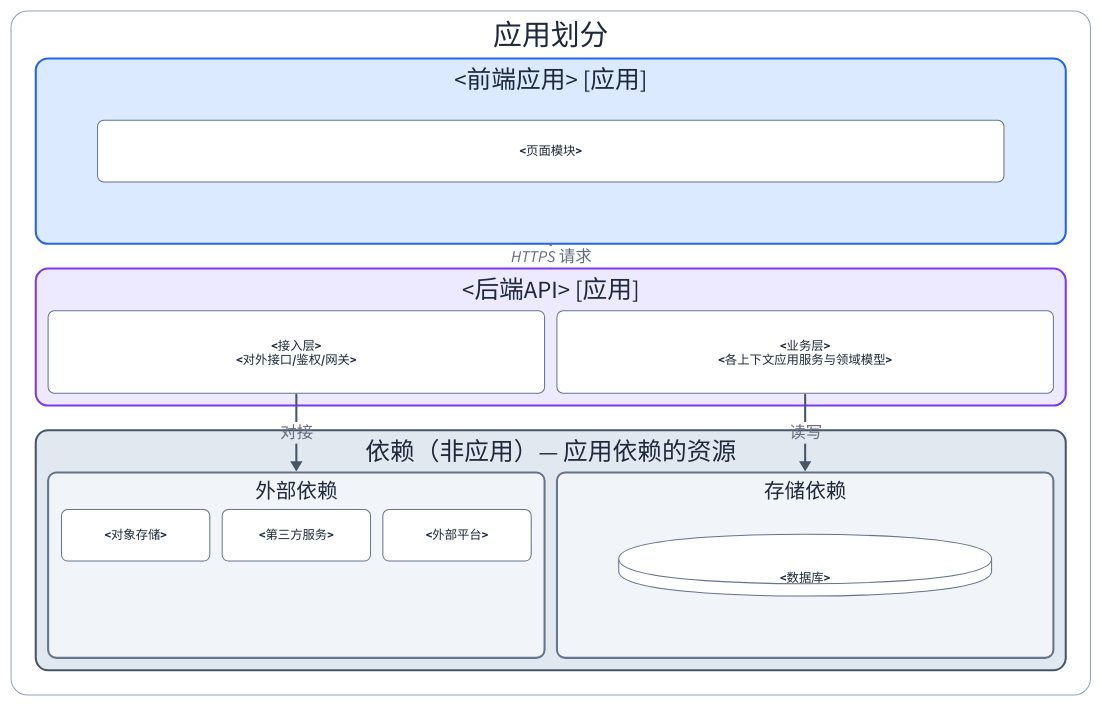
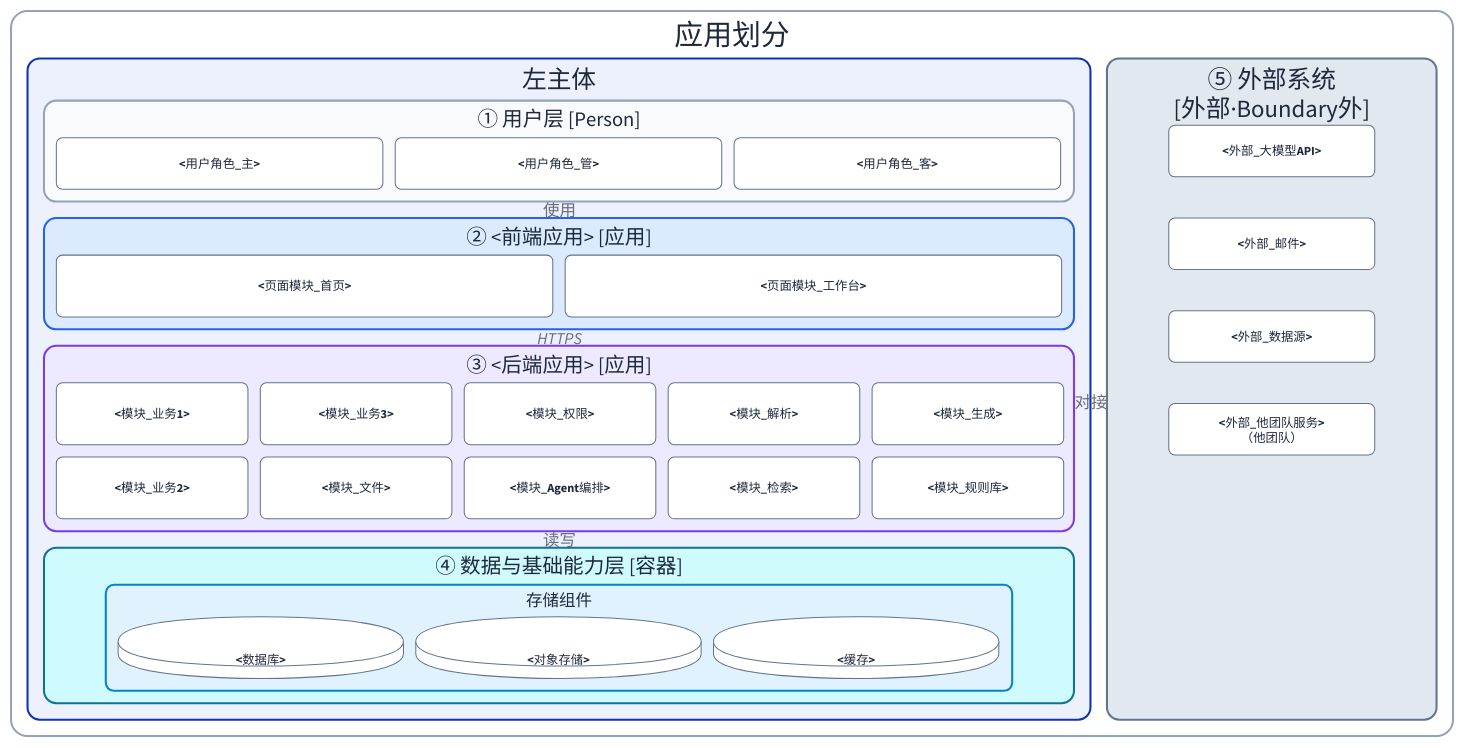
One commit to syllr/skills changed the second of 2 diagrams in skills/doc-arch-rules/references/templates/L2/APPLICATION-ARCHITECTURE.template.md. Above: the diagram before and after it, drawn with D2. The commit also changed other lines of this file and 11 other files, not shown here.

```diff
--- a/skills/doc-arch-rules/references/templates/L2/APPLICATION-ARCHITECTURE.template.md
+++ b/skills/doc-arch-rules/references/templates/L2/APPLICATION-ARCHITECTURE.template.md
@@ -94,7 +100,7 @@
 # 图标准元信息
 # 图名: 应用划分图（Application）
 # 视角: 应用架构（应用划分）
-# 图例: [应用] = 承载业务逻辑的应用（前端、API）；[依赖] = 应用依赖的资源（存储/外部服务）
+# 图例: [应用]/[容器]/[外部]/[Person]
 
 vars: {
   d2-config: {
@@ -103,82 +109,73 @@
 }
 
 应用划分: {
-  grid-rows: 1
-  grid-columns: 1
-  grid-gap: 24
+  grid-rows: 1; grid-columns: 2; grid-gap: 16
   style.fill: "#ffffff"
   style.font-color: "#1e293b"
   style.stroke: "#94a3b8"
-  style.stroke-width: 1
   style.border-radius: 16
 
-  前端层: {
-    label: "<前端应用> [应用]"
-    width: 1000
-    style.fill: "#dbeafe"
+  左主体: {
+    grid-rows: 1; grid-columns: 1; grid-gap: 16
     style.font-color: "#1e293b"
-    style.stroke: "#2563eb"
-    style.stroke-width: 2
     style.border-radius: 12
-    grid-columns: 1
-    f1: { label: "<页面模块>"; width: 880; height: 60; class: mod }
+
+    用户层: {
+      label: "① 用户层 [Person]"
+      width: 1000; grid-columns: 3; grid-gap: 12; style.fill: "#f8fafc"; style.font-color: "#1e293b"; style.stroke: "#94a3b8"; style.border-radius: 12
+      u1: { label: "<用户角色_主>"; width: 317; height: 50; class: mod }
+      u2: { label: "<用户角色_管>"; width: 317; height: 50; class: mod }
+      u3: { label: "<用户角色_客>"; width: 317; height: 50; class: mod }
+    }
+
+    前端层: {
+      label: "② <前端应用> [应用]"
+      width: 1000; grid-columns: 2; grid-gap: 12; style.fill: "#dbeafe"; style.font-color: "#1e293b"; style.stroke: "#2563eb"; style.border-radius: 12
+      f1: { label: "<页面模块_首页>"; width: 482; height: 60; class: mod }
+      f2: { label: "<页面模块_工作台>"; width: 482; height: 60; class: mod }
+    }
+
+    后端层: {
+      label: "③ <后端应用> [应用]"
+      width: 1000; grid-columns: 5; grid-gap: 12; style.fill: "#ede9fe"; style.font-color: "#1e293b"; style.stroke: "#7c3aed"; style.border-radius: 12
+      b1: { label: "<模块_业务1>"; width: 186; height: 60; class: mod }
+      b2: { label: "<模块_业务2>"; width: 186; height: 60; class: mod }
+      b3: { label: "<模块_业务3>"; width: 186; height: 60; class: mod }
+      b4: { label: "<模块_文件>"; width: 186; height: 60; class: mod }
+      b5: { label: "<模块_权限>"; width: 186; height: 60; class: mod }
+      a1: { label: "<模块_Agent编排>"; width: 186; height: 60; class: mod }
+      a2: { label: "<模块_解析>"; width: 186; height: 60; class: mod }
+      a3: { label: "<模块_检索>"; width: 186; height: 60; class: mod }
+      a4: { label: "<模块_生成>"; width: 186; height: 60; class: mod }
+      a5: { label: "<模块_规则库>"; width: 186; height: 60; class: mod }
+    }
+
+    数据层: {
+      label: "④ 数据与基础能力层 [容器]"
+      width: 1000; grid-columns: 1; grid-gap: 12; style.fill: "#cffafe"; style.font-color: "#1e293b"; style.stroke: "#0e7490"; style.border-radius: 12
+      存储: { label: "存储组件"; width: 880; grid-columns: 3; grid-gap: 12; style.fill: "#e0f2fe"; style.font-color: "#1e293b"; style.stroke: "#0284c7"; style.border-radius: 8
+        db: { label: "<数据库>"; shape: cylinder; width: 277; height: 60; class: mod }
+        mo: { label: "<对象存储>"; shape: cylinder; width: 277; height: 60; class: mod }
+        rd: { label: "<缓存>"; shape: cylinder; width: 277; height: 60; class: mod }
+      }
+    }
   }
 
-  后端层: {
-    label: "<后端API> [应用]"
-    width: 1000
-    style.fill: "#ede9fe"
-    style.font-color: "#1e293b"
-    style.stroke: "#7c3aed"
-    style.stroke-width: 2
-    style.border-radius: 12
-    grid-columns: 2
-    grid-gap: 12
-    b1: { label: "<接入层>\n<对外接口/鉴权/网关>"; width: 482; height: 80; class: mod }
-    b2: { label: "<业务层>\n<各上下文应用服务与领域模型>"; width: 482; height: 80; class: mod }
-  }
-
-  依赖层: {
-    label: "依赖（非应用）— 应用依赖的资源"
-    width: 1000
-    style.fill: "#e2e8f0"
-    style.font-color: "#1e293b"
-    style.stroke: "#475569"
-    style.stroke-width: 2
-    style.border-radius: 12
-    grid-columns: 2
-    grid-gap: 12
-
-    外部依赖: {
-      label: "外部依赖"
-      width: 482
-      style.fill: "#f1f5f9"
-      style.font-color: "#1e293b"
-      style.stroke: "#64748b"
-      style.border-radius: 8
-      grid-columns: 3
-      grid-gap: 12
-      e1: { label: "<对象存储>"; width: 144; height: 50; class: mod }
-      e2: { label: "<第三方服务>"; width: 144; height: 50; class: mod }
-      e3: { label: "<外部平台>"; width: 144; height: 50; class: mod }
-    }
-    存储依赖: {
-      label: "存储依赖"
-      width: 482
-      style.fill: "#f1f5f9"
-      style.font-color: "#1e293b"
-      style.stroke: "#64748b"
-      style.border-radius: 8
-      grid-columns: 1
-      db: { label: "<数据库>"; shape: cylinder; width: 362; height: 60; class: mod }
-    }
+  外部系统: {
+    label: "⑤ 外部系统\n[外部·Boundary外]"
+    grid-columns: 1; style.fill: "#e2e8f0"; style.font-color: "#1e293b"; style.stroke: "#64748b"; style.border-radius: 12
+    e1: { label: "<外部_大模型API>"; width: 200; height: 50; class: mod }
+    e2: { label: "<外部_邮件>"; width: 200; height: 50; class: mod }
+    e3: { label: "<外部_数据源>"; width: 200; height: 50; class: mod }
+    e4: { label: "<外部_他团队服务>\n（他团队）"; width: 200; height: 50; class: mod }
   }
 }
 
 # 应用间通信（完整路径，避免静默重复节点）
-应用划分.前端层 -> 应用划分.后端层: HTTPS 请求 { style.stroke: "#7c3aed" }
-应用划分.后端层.b1 -> 应用划分.依赖层.外部依赖: 对接 { style.stroke: "#475569" }
-应用划分.后端层.b2 -> 应用划分.依赖层.存储依赖: 读写 { style.stroke: "#475569" }
+应用划分.左主体.用户层 -> 应用划分.左主体.前端层: 使用 { style.stroke: "#94a3b8" }
+应用划分.左主体.前端层 -> 应用划分.左主体.后端层: HTTPS { style.stroke: "#7c3aed" }
+应用划分.左主体.后端层 -> 应用划分.左主体.数据层: 读写 { style.stroke: "#0e7490" }
+应用划分.左主体.后端层 -> 应用划分.外部系统: 对接 { style.stroke: "#64748b" }
 
 classes: {
   mod: {
```
